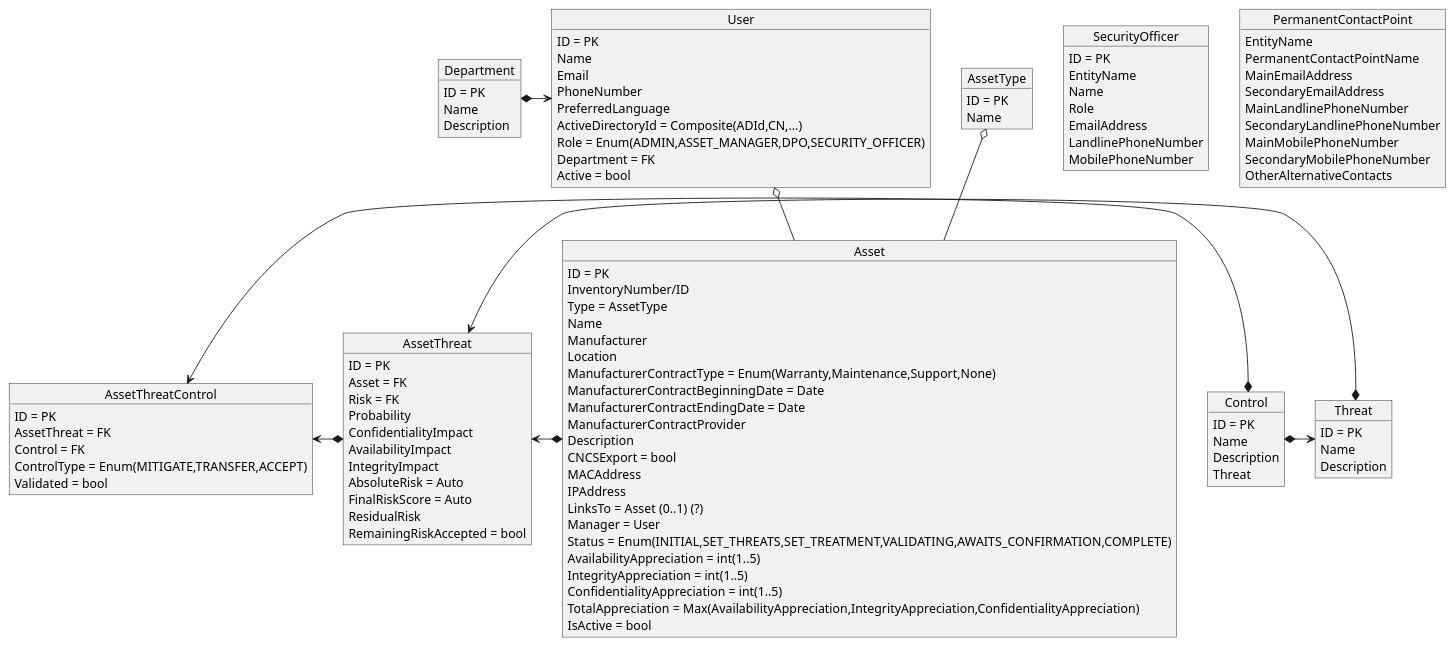
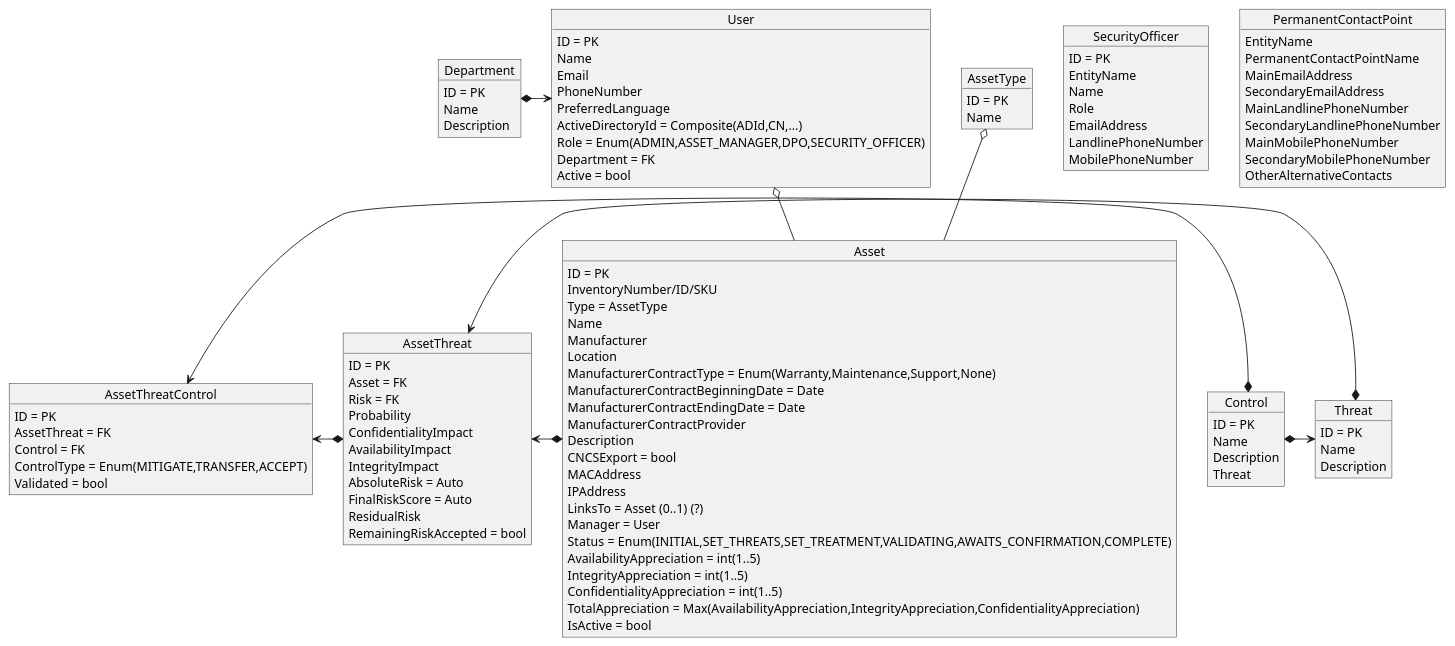
One commit to daviddmd/assetriskmanager changed the diagram in documentation/object-diagrams.puml. Above: the diagram before and after it, drawn with PlantUML. The commit also changed 26 other files, not shown here.

```diff
--- a/documentation/object-diagrams.puml
+++ b/documentation/object-diagrams.puml
@@ -1,103 +1,103 @@
 @startuml
 'https://plantuml.com/object-diagram
 object AssetType
 AssetType : ID = PK
 AssetType : Name
 'possivelmente icone
 object  Department
 Department : ID = PK
 Department : Name
 Department : Description
 object User
 Department *-> User
 User : ID = PK
 User : Name
 User : Email
 User : PhoneNumber
 User : PreferredLanguage
 User : ActiveDirectoryId = Composite(ADId,CN,...)
 User : Role = Enum(ADMIN,ASSET_MANAGER,DPO,SECURITY_OFFICER)
 User : Department = FK
 User : Active = bool
 object Asset
 Asset : ID = PK
-Asset : InventoryNumber/ID
+Asset : InventoryNumber/ID/SKU
 Asset : Type = AssetType
 Asset : Name
 Asset : Manufacturer
 Asset : Location
 Asset : ManufacturerContractType = Enum(Warranty,Maintenance,Support,None)
 Asset : ManufacturerContractBeginningDate = Date
 Asset : ManufacturerContractEndingDate = Date
 Asset : ManufacturerContractProvider
 Asset : Description
 Asset : CNCSExport = bool
 Asset : MACAddress
 Asset : IPAddress
 Asset : LinksTo = Asset (0..1) (?)
 Asset : Manager = User
 Asset : Status = Enum(INITIAL,SET_THREATS,SET_TREATMENT,VALIDATING,AWAITS_CONFIRMATION,COMPLETE)
 Asset : AvailabilityAppreciation = int(1..5)
 Asset : IntegrityAppreciation = int(1..5)
 Asset : ConfidentialityAppreciation = int(1..5)
 Asset : TotalAppreciation = Max(AvailabilityAppreciation,IntegrityAppreciation,ConfidentialityAppreciation)
 Asset : IsActive = bool
 User o-- Asset
 AssetType o-- Asset
 object Threat
 Threat : ID = PK
 Threat : Name
 Threat : Description
 object Control
 Control : ID = PK
 Control : Name
 Control : Description
 Control : Threat
 Control *-> Threat
 object SecurityOfficer
 SecurityOfficer : ID = PK
 SecurityOfficer : EntityName
 SecurityOfficer : Name
 SecurityOfficer : Role
 SecurityOfficer : EmailAddress
 SecurityOfficer : LandlinePhoneNumber
 SecurityOfficer : MobilePhoneNumber
 object PermanentContactPoint
 PermanentContactPoint : EntityName
 PermanentContactPoint : PermanentContactPointName
 PermanentContactPoint : MainEmailAddress
 PermanentContactPoint : SecondaryEmailAddress
 PermanentContactPoint : MainLandlinePhoneNumber
 PermanentContactPoint : SecondaryLandlinePhoneNumber
 PermanentContactPoint : MainMobilePhoneNumber
 PermanentContactPoint : SecondaryMobilePhoneNumber
 PermanentContactPoint : OtherAlternativeContacts
 
 object AssetThreat
 AssetThreat : ID = PK
 AssetThreat : Asset = FK
 AssetThreat : Risk = FK
 AssetThreat : Probability
 AssetThreat : ConfidentialityImpact
 AssetThreat : AvailabilityImpact
 AssetThreat : IntegrityImpact
 AssetThreat : AbsoluteRisk = Auto
 AssetThreat : FinalRiskScore = Auto
 AssetThreat : ResidualRisk
 AssetThreat : RemainingRiskAccepted = bool
 AssetThreat <-* Asset
 AssetThreat <-* Threat
 
 object AssetThreatControl
 AssetThreatControl : ID = PK
 AssetThreatControl : AssetThreat = FK
 AssetThreatControl : Control = FK
 AssetThreatControl : ControlType = Enum(MITIGATE,TRANSFER,ACCEPT)
 AssetThreatControl : Validated = bool
 AssetThreatControl <-* AssetThreat
 AssetThreatControl <-* Control
 
 
 'the logging will apply to all tables, the only added columns will be the date of the operation and operation (CRUD)
 
 @enduml
```
